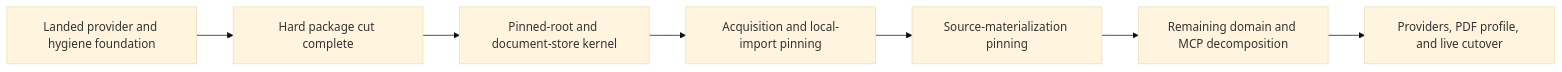
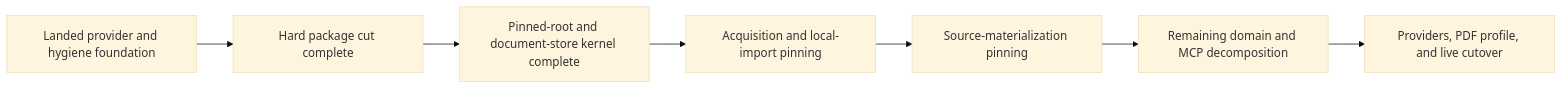
The diagram in issues/mcp-servers/discussion/sol-open-items.md (aghado01/codex-scientiae), drawn with Mermaid (base theme) before and after one commit. The commit also changed other lines of this file and 24 other files, not shown here.

Commit message:
implement pinned root and document store kernel

````diff
--- a/issues/mcp-servers/discussion/sol-open-items.md
+++ b/issues/mcp-servers/discussion/sol-open-items.md
@@ -17,9 +17,9 @@
 ```mermaid
 flowchart LR
     A["Landed provider and hygiene foundation"] --> B["Hard package cut complete"]
-    B --> C["Pinned-root and document-store kernel"]
+    B --> C["Pinned-root and document-store kernel complete"]
     C --> D["Acquisition and local-import pinning"]
     D --> E["Source-materialization pinning"]
     E --> F["Remaining domain and MCP decomposition"]
     F --> G["Providers, PDF profile, and live cutover"]
 ```
````
